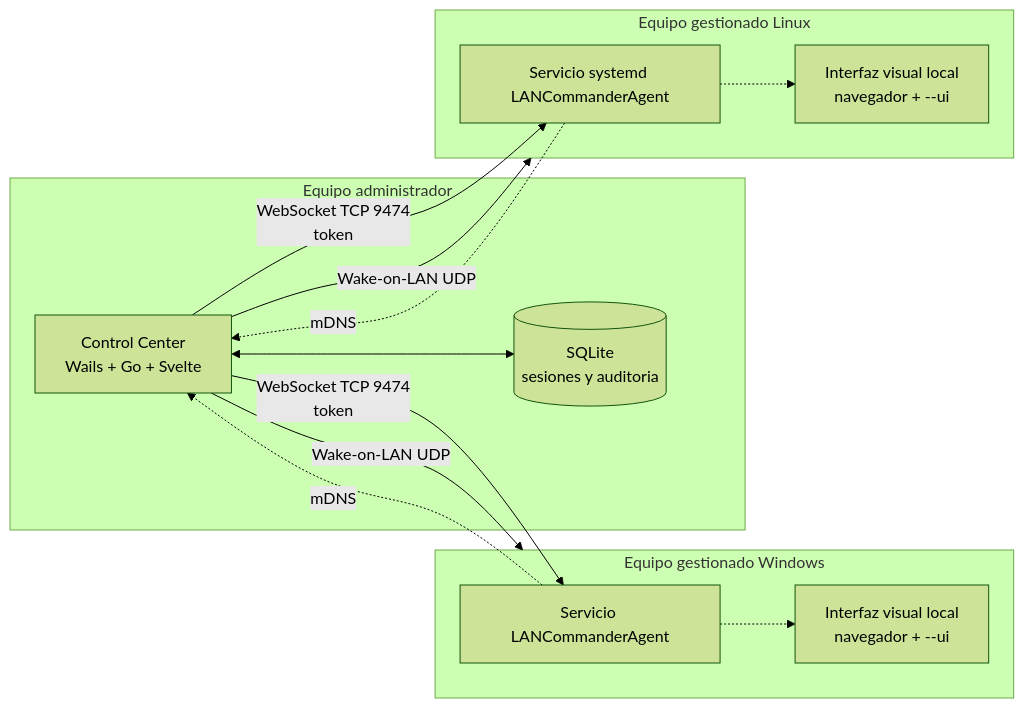
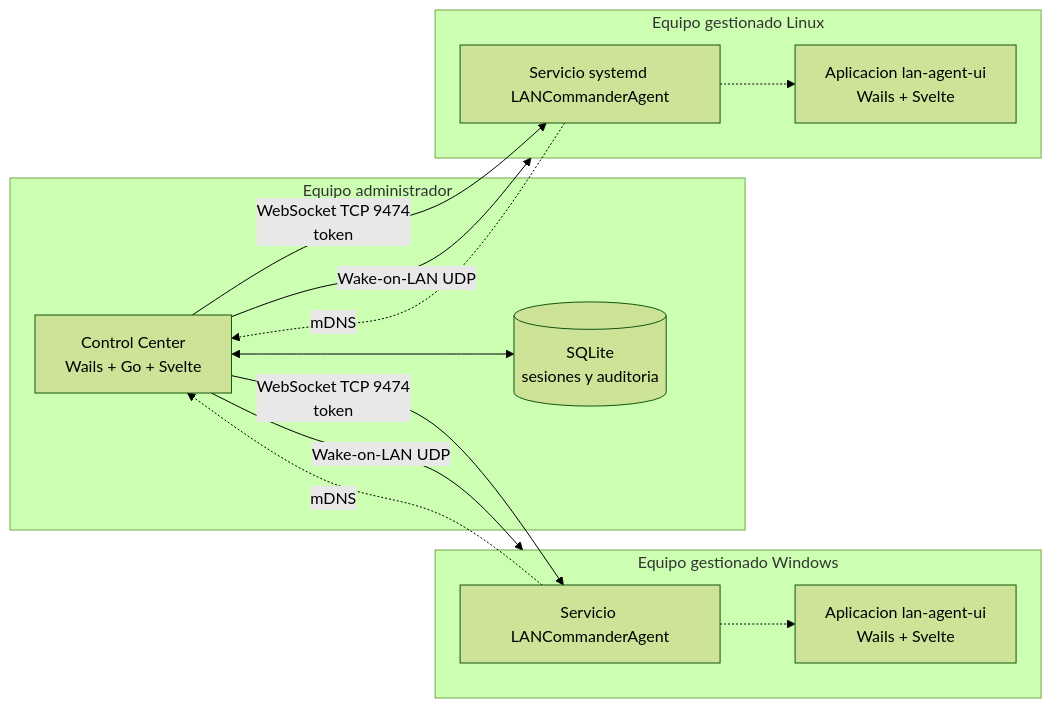
One commit to PR3S1G4zZ/lan-commander changed the first of 5 diagrams in README.md. Above: the diagram before and after it, drawn with Mermaid (forest theme). The commit also changed other lines of this file and 44 other files, not shown here.

````diff
--- a/README.md
+++ b/README.md
@@ -32,27 +32,27 @@
 ```mermaid
 graph LR
     subgraph admin["Equipo administrador"]
         CC["Control Center<br/>Wails + Go + Svelte"]
         DB[("SQLite<br/>sesiones y auditoria")]
         CC <--> DB
     end
 
     subgraph win["Equipo gestionado Windows"]
         WS["Servicio LANCommanderAgent"]
-        WUI["Interfaz visual local<br/>navegador + --ui"]
+        WUI["Aplicacion lan-agent-ui<br/>Wails + Svelte"]
         WS -.-> WUI
     end
 
     subgraph linux["Equipo gestionado Linux"]
         LS["Servicio systemd LANCommanderAgent"]
-        LUI["Interfaz visual local<br/>navegador + --ui"]
+        LUI["Aplicacion lan-agent-ui<br/>Wails + Svelte"]
         LS -.-> LUI
     end
 
     CC -->|"WebSocket TCP 9474<br/>token"| WS
     CC -->|"WebSocket TCP 9474<br/>token"| LS
     WS -.->|"mDNS"| CC
     LS -.->|"mDNS"| CC
     CC -->|"Wake-on-LAN UDP"| win
     CC -->|"Wake-on-LAN UDP"| linux
 ```
````
